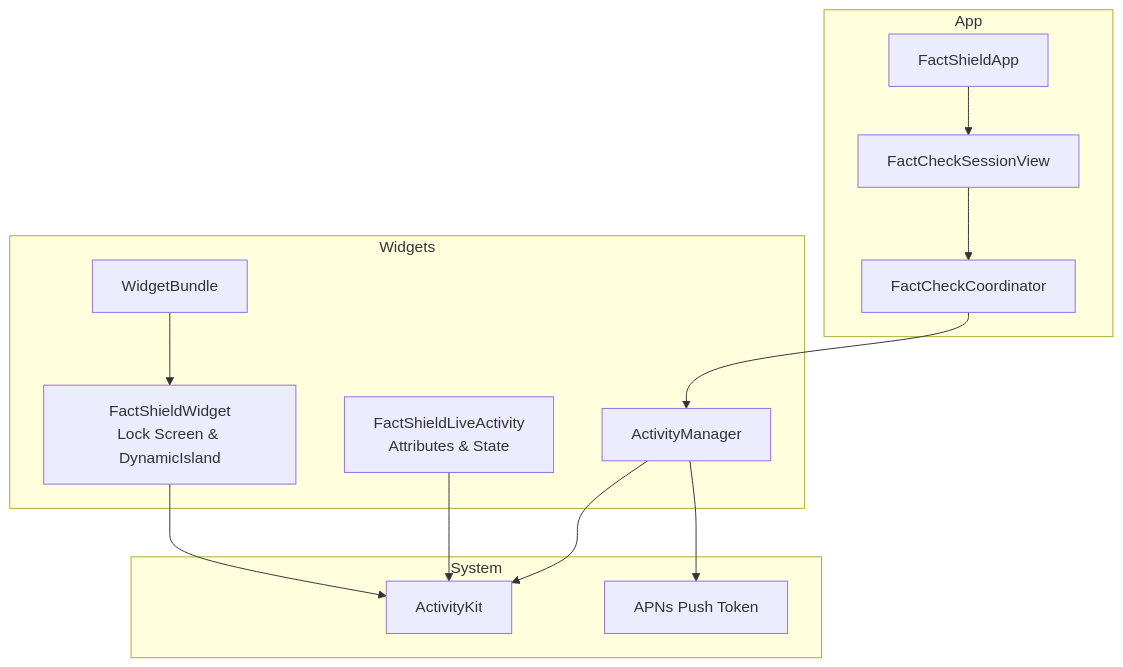
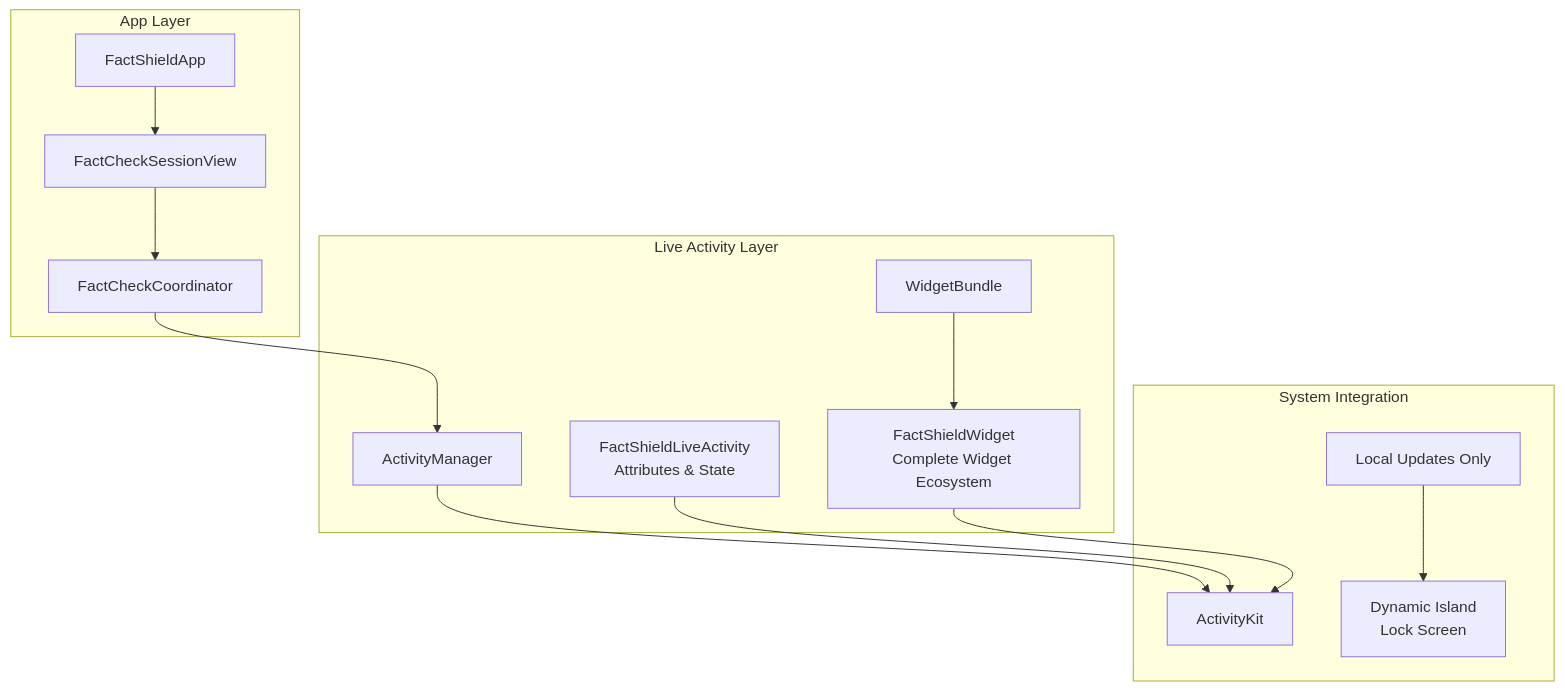
One commit to alexandreybasta-cyber/factshield-ios changed the first of 9 diagrams in .qoder/repowiki/en/content/Live Activity Integration/Live Activity Integration.md. Above: the diagram before and after it, drawn with Mermaid. The commit also changed other lines of this file and 97 other files, not shown here.

````diff
--- a/.qoder/repowiki/en/content/Live Activity Integration/Live Activity Integration.md
+++ b/.qoder/repowiki/en/content/Live Activity Integration/Live Activity Integration.md
@@ -44,26 +54,27 @@
 ```mermaid
 graph TB
-subgraph "App"
+subgraph "App Layer"
 A["FactShieldApp"]
 B["FactCheckSessionView"]
 C["FactCheckCoordinator"]
 end
-subgraph "Widgets"
+subgraph "Live Activity Layer"
 D["ActivityManager"]
 E["FactShieldLiveActivity<br/>Attributes & State"]
-F["FactShieldWidget<br/>Lock Screen & DynamicIsland"]
+F["FactShieldWidget<br/>Complete Widget Ecosystem"]
 G["WidgetBundle"]
 end
-subgraph "System"
+subgraph "System Integration"
 H["ActivityKit"]
-I["APNs Push Token"]
+I["Local Updates Only"]
+J["Dynamic Island<br/>Lock Screen"]
 end
 A --> B
 B --> C
 C --> D
 D --> H
 E --> H
 F --> H
 G --> F
-D --> I
+I --> J
 ```
````
